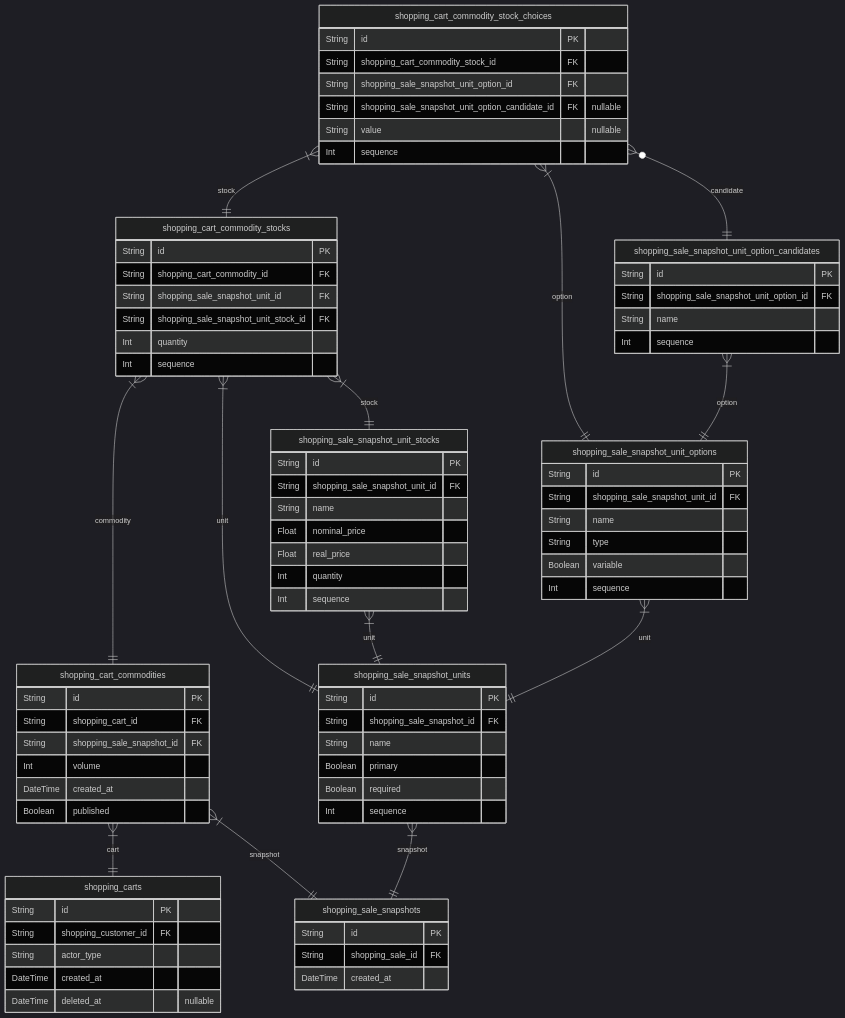
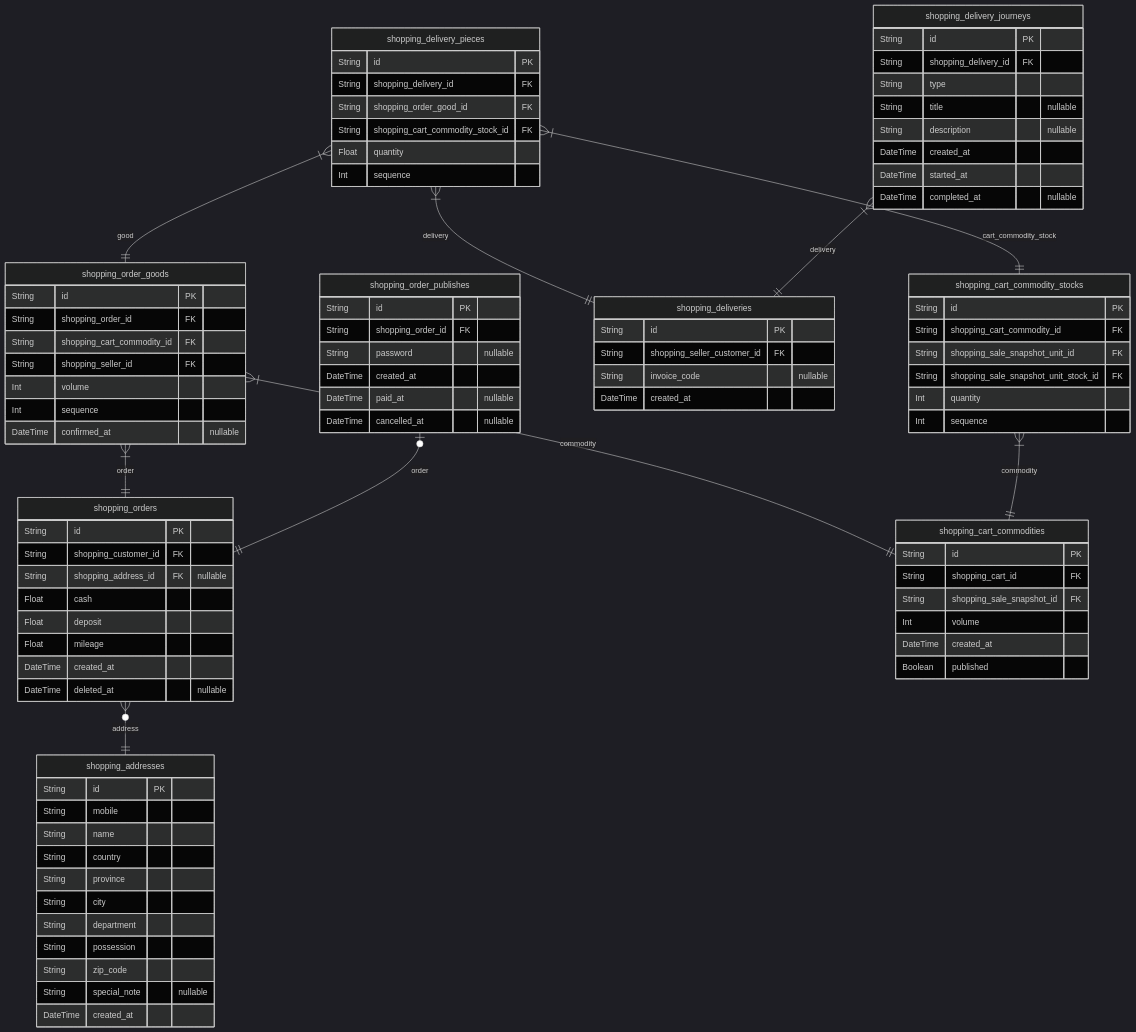
The sixth of 9 diagrams in ERD.md (samchon/prisma-markdown), drawn with Mermaid (dark theme) before and after one commit. The commit also changed 2 other files, not shown here.

Commit message:
New chapter sorting logic.
To sort exact chapter sequence, I've changed its construction logic. By chaning the construction sequence like below, I've succeeded to sort the chatpers as I've wanted, finally.

1. Top `@namespace` tag first
2. Remaining `@namespace` tags later
3. `@describe` tags are after those `@namespace` tags
4. `@erd` tags are the latest

````diff
--- a/ERD.md
+++ b/ERD.md
@@ -1948,47 +1401,68 @@
 ```mermaid
 erDiagram
-"shopping_sale_snapshots" {
+"shopping_orders" {
     String id PK
-    String shopping_sale_id FK
+    String shopping_customer_id FK
+    String shopping_address_id FK "nullable"
+    Float cash
+    Float deposit
+    Float mileage
+    DateTime created_at
+    DateTime deleted_at "nullable"
+}
+"shopping_order_goods" {
+    String id PK
+    String shopping_order_id FK
+    String shopping_cart_commodity_id FK
+    String shopping_seller_id FK
+    Int volume
+    Int sequence
+    DateTime confirmed_at "nullable"
+}
+"shopping_order_publishes" {
+    String id PK
+    String shopping_order_id FK
+    String password "nullable"
+    DateTime created_at
+    DateTime paid_at "nullable"
+    DateTime cancelled_at "nullable"
+}
+"shopping_deliveries" {
+    String id PK
+    String shopping_seller_customer_id FK
+    String invoice_code "nullable"
     DateTime created_at
 }
-"shopping_sale_snapshot_units" {
+"shopping_delivery_pieces" {
     String id PK
-    String shopping_sale_snapshot_id FK
-    String name
-    Boolean primary
-    Boolean required
+    String shopping_delivery_id FK
+    String shopping_order_good_id FK
+    String shopping_cart_commodity_stock_id FK
+    Float quantity
     Int sequence
 }
-"shopping_sale_snapshot_unit_options" {
+"shopping_delivery_journeys" {
     String id PK
-    String shopping_sale_snapshot_unit_id FK
+    String shopping_delivery_id FK
+    String type
+    String title "nullable"
+    String description "nullable"
+    DateTime created_at
+    DateTime started_at
+    DateTime completed_at "nullable"
+}
+"shopping_addresses" {
+    String id PK
+    String mobile
     String name
-    String type
-    Boolean variable
-    Int sequence
-}
-"shopping_sale_snapshot_unit_option_candidates" {
-    String id PK
-    String shopping_sale_snapshot_unit_option_id FK
-    String name
-    Int sequence
-}
-"shopping_sale_snapshot_unit_stocks" {
-    String id PK
-    String shopping_sale_snapshot_unit_id FK
-    String name
-    Float nominal_price
-    Float real_price
-    Int quantity
-    Int sequence
-}
-"shopping_carts" {
-    String id PK
-    String shopping_customer_id FK
-    String actor_type
+    String country
+    String province
+    String city
+    String department
+    String possession
+    String zip_code
+    String special_note "nullable"
     DateTime created_at
-    DateTime deleted_at "nullable"
 }
 "shopping_cart_commodities" {
     String id PK
@@ -2006,24 +1480,13 @@
     Int quantity
     Int sequence
 }
-"shopping_cart_commodity_stock_choices" {
-    String id PK
-    String shopping_cart_commodity_stock_id FK
-    String shopping_sale_snapshot_unit_option_id FK
-    String shopping_sale_snapshot_unit_option_candidate_id FK "nullable"
-    String value "nullable"
-    Int sequence
-}
-"shopping_sale_snapshot_units" }|--|| "shopping_sale_snapshots" : snapshot
-"shopping_sale_snapshot_unit_options" }|--|| "shopping_sale_snapshot_units" : unit
-"shopping_sale_snapshot_unit_option_candidates" }|--|| "shopping_sale_snapshot_unit_options" : option
-"shopping_sale_snapshot_unit_stocks" }|--|| "shopping_sale_snapshot_units" : unit
-"shopping_cart_commodities" }|--|| "shopping_carts" : cart
-"shopping_cart_commodities" }|--|| "shopping_sale_snapshots" : snapshot
+"shopping_orders" }o--|| "shopping_addresses" : address
+"shopping_order_goods" }|--|| "shopping_orders" : order
+"shopping_order_goods" }|--|| "shopping_cart_commodities" : commodity
+"shopping_order_publishes" |o--|| "shopping_orders" : order
+"shopping_delivery_pieces" }|--|| "shopping_deliveries" : delivery
+"shopping_delivery_pieces" }|--|| "shopping_order_goods" : good
+"shopping_delivery_pieces" }|--|| "shopping_cart_commodity_stocks" : cart_commodity_stock
+"shopping_delivery_journeys" }|--|| "shopping_deliveries" : delivery
 "shopping_cart_commodity_stocks" }|--|| "shopping_cart_commodities" : commodity
-"shopping_cart_commodity_stocks" }|--|| "shopping_sale_snapshot_units" : unit
-"shopping_cart_commodity_stocks" }|--|| "shopping_sale_snapshot_unit_stocks" : stock
-"shopping_cart_commodity_stock_choices" }|--|| "shopping_cart_commodity_stocks" : stock
-"shopping_cart_commodity_stock_choices" }|--|| "shopping_sale_snapshot_unit_options" : option
-"shopping_cart_commodity_stock_choices" }o--|| "shopping_sale_snapshot_unit_option_candidates" : candidate
 ```
````
